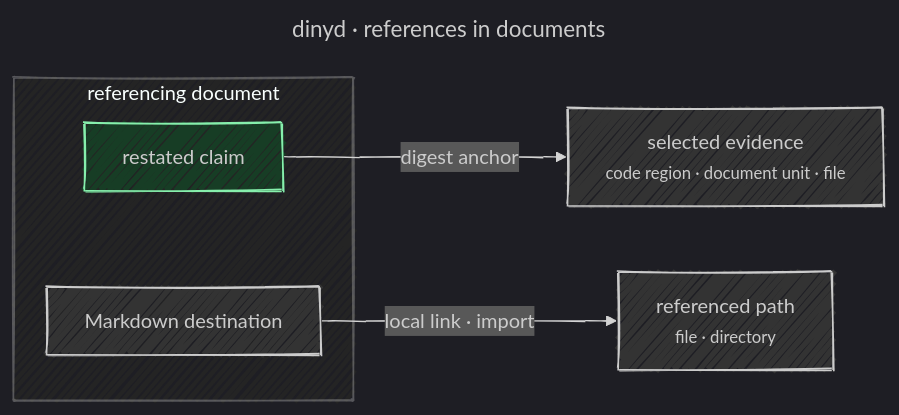
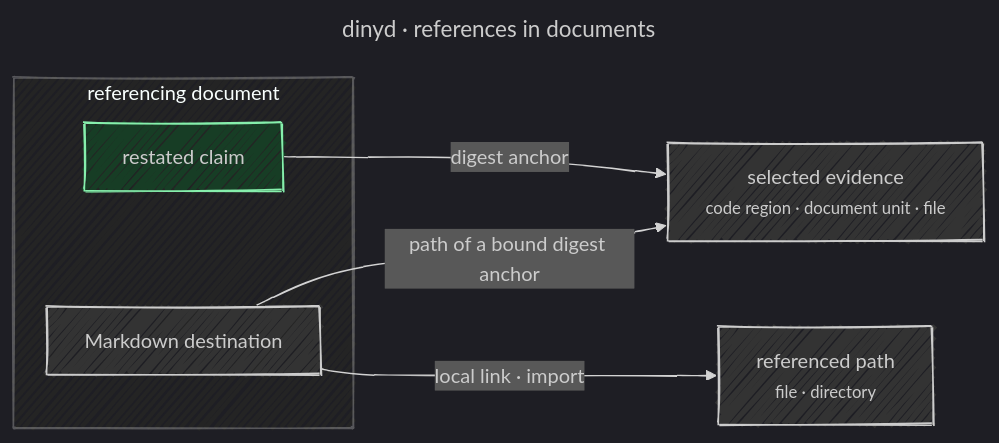
The diagram in blueprint/anchors.mermaid (undervoke/dinyd), drawn with Mermaid before and after one commit. The commit also changed 7 other files, not shown here.

First line of the commit message:
feat(anchor): bind digest anchors to the link before them

```diff
--- a/blueprint/anchors.mermaid
+++ b/blueprint/anchors.mermaid
@@ -1,26 +1,27 @@
 ---
 title: dinyd · references in documents
 config:
   look: handDrawn
   handDrawnSeed: 5
   theme: dark
   themeVariables:
     mainBkg: "#333333"
     clusterBkg: "#242424"
   themeCSS: |
     small { display: inline-block; text-align: left; }
   flowchart:
     wrappingWidth: 300
 ---
 %% Behavior authority: anchors.md.
 flowchart LR
   subgraph Doc["referencing document"]
     Claim["restated claim"]
     Dest["Markdown destination"]
   end
 
   Claim -->|digest anchor| Evidence["selected evidence<br/><small>code region · document unit · file</small>"]
   Dest -->|local link · import| Path["referenced path<br/><small>file · directory</small>"]
+  Dest -->|path of a bound digest anchor| Evidence
 
   classDef em fill:#173d25,stroke:#86efac
   class Claim em
```
